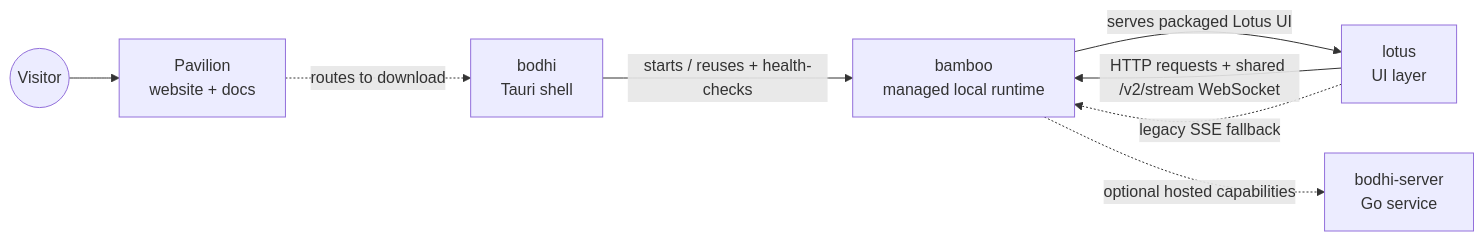
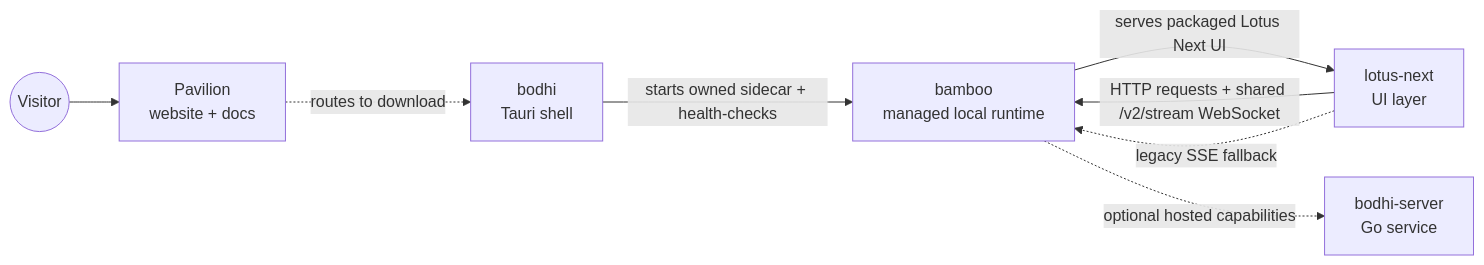
Before and after one commit to bigduu/Pavilion: the diagram in README.md, drawn with Mermaid. The commit also changed other lines of this file and 2 other files, not shown here.

````diff
--- a/README.md
+++ b/README.md
@@ -53,10 +53,10 @@
 ```mermaid
 flowchart LR
   Visitor((Visitor)) --> Pavilion[Pavilion\nwebsite + docs]
   Pavilion -. routes to download .-> Bodhi[bodhi\nTauri shell]
-  Bodhi -- starts / reuses + health-checks --> Bamboo[bamboo\nmanaged local runtime]
-  Bamboo -- serves packaged Lotus UI --> Lotus[lotus\nUI layer]
+  Bodhi -- starts owned sidecar + health-checks --> Bamboo[bamboo\nmanaged local runtime]
+  Bamboo -- serves packaged Lotus Next UI --> Lotus[lotus-next\nUI layer]
   Lotus -- HTTP requests + shared /v2/stream WebSocket --> Bamboo
   Lotus -. legacy SSE fallback .-> Bamboo
   Bamboo -. optional hosted capabilities .-> BodhiServer[bodhi-server\nGo service]
 ```
````
